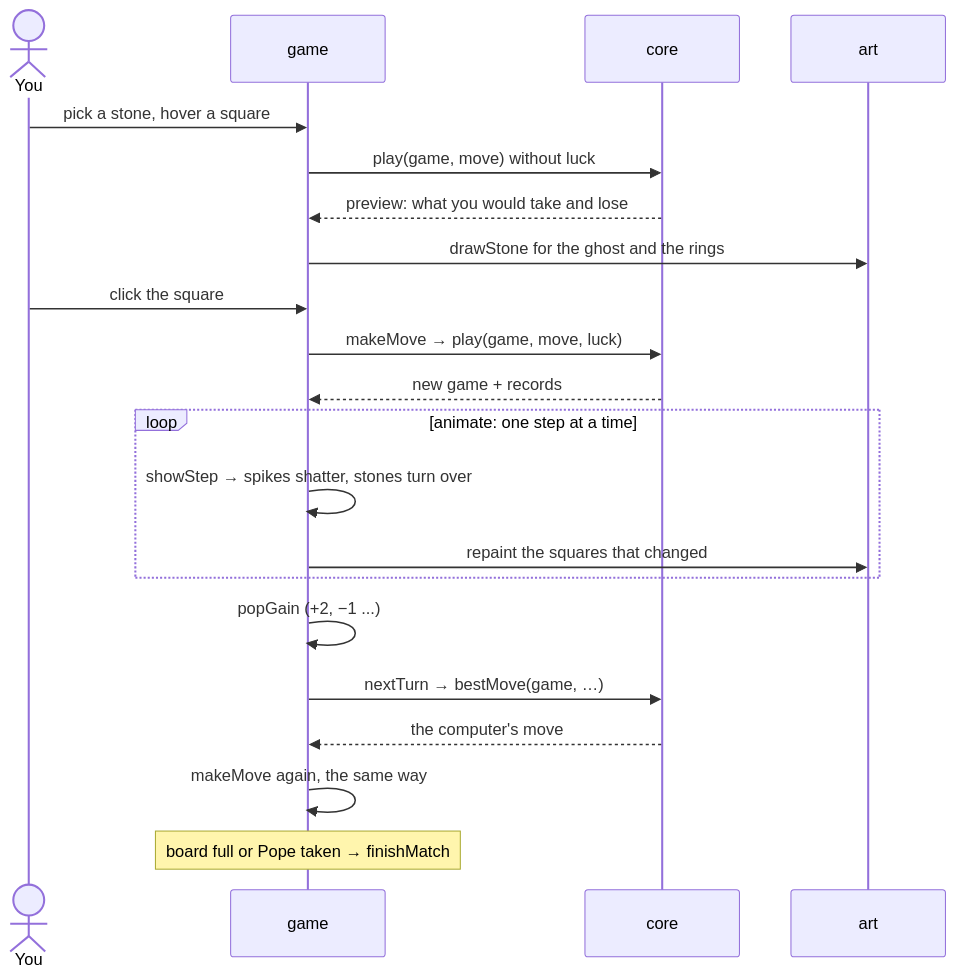
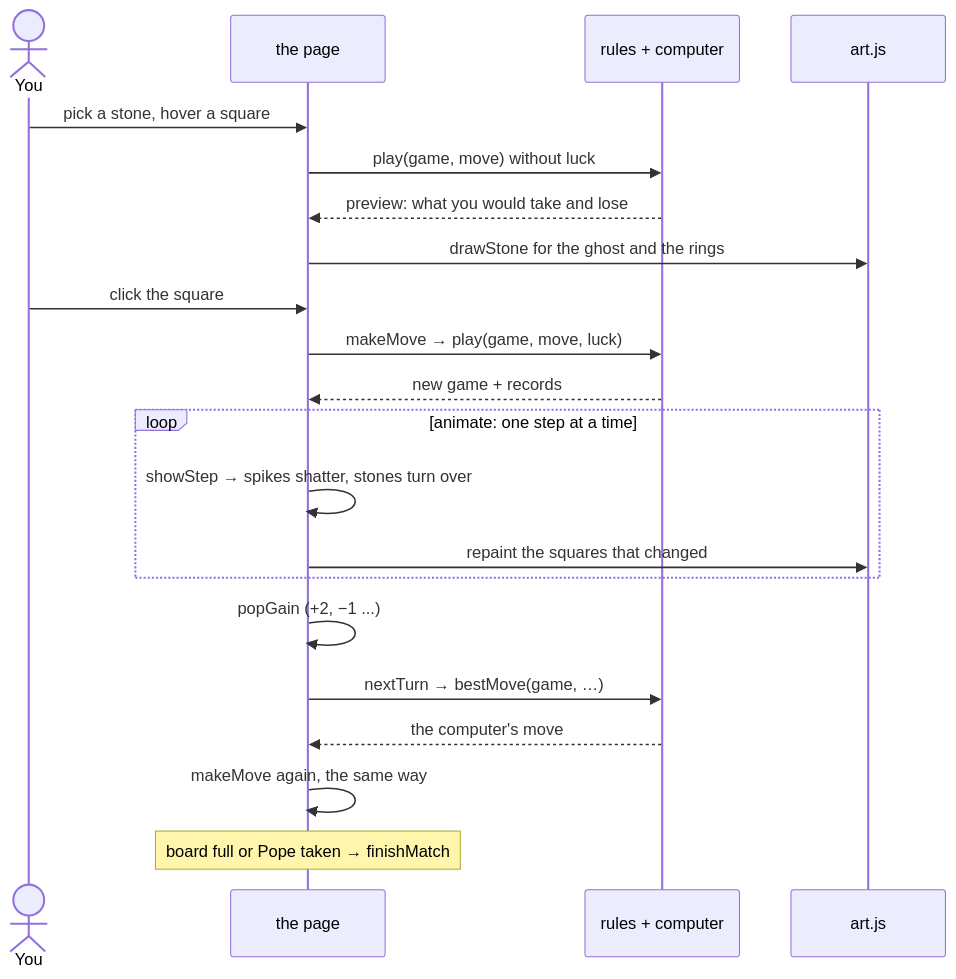
The seventh of 8 diagrams in README.md (louisvandenbruwaene/rook-like), drawn with Mermaid before and after one commit. The commit also changed other lines of this file and 12 other files, not shown here.

````diff
--- a/README.md
+++ b/README.md
@@ -167,24 +192,24 @@
 ```mermaid
 sequenceDiagram
     actor You
-    participant Page as game
-    participant Engine as core
-    participant Draw as art
+    participant Page as the page
+    participant Engine as rules + computer
+    participant Draw as art.js
 
     You->>Page: pick a stone, hover a square
     Page->>Engine: play(game, move) without luck
     Engine-->>Page: preview: what you would take and lose
     Page->>Draw: drawStone for the ghost and the rings
     You->>Page: click the square
     Page->>Engine: makeMove → play(game, move, luck)
     Engine-->>Page: new game + records
     loop animate: one step at a time
         Page->>Page: showStep → spikes shatter, stones turn over
         Page->>Draw: repaint the squares that changed
     end
     Page->>Page: popGain (+2, −1 ...)
     Page->>Engine: nextTurn → bestMove(game, …)
     Engine-->>Page: the computer's move
     Page->>Page: makeMove again, the same way
     Note over Page: board full or Pope taken → finishMatch
 ```
````
